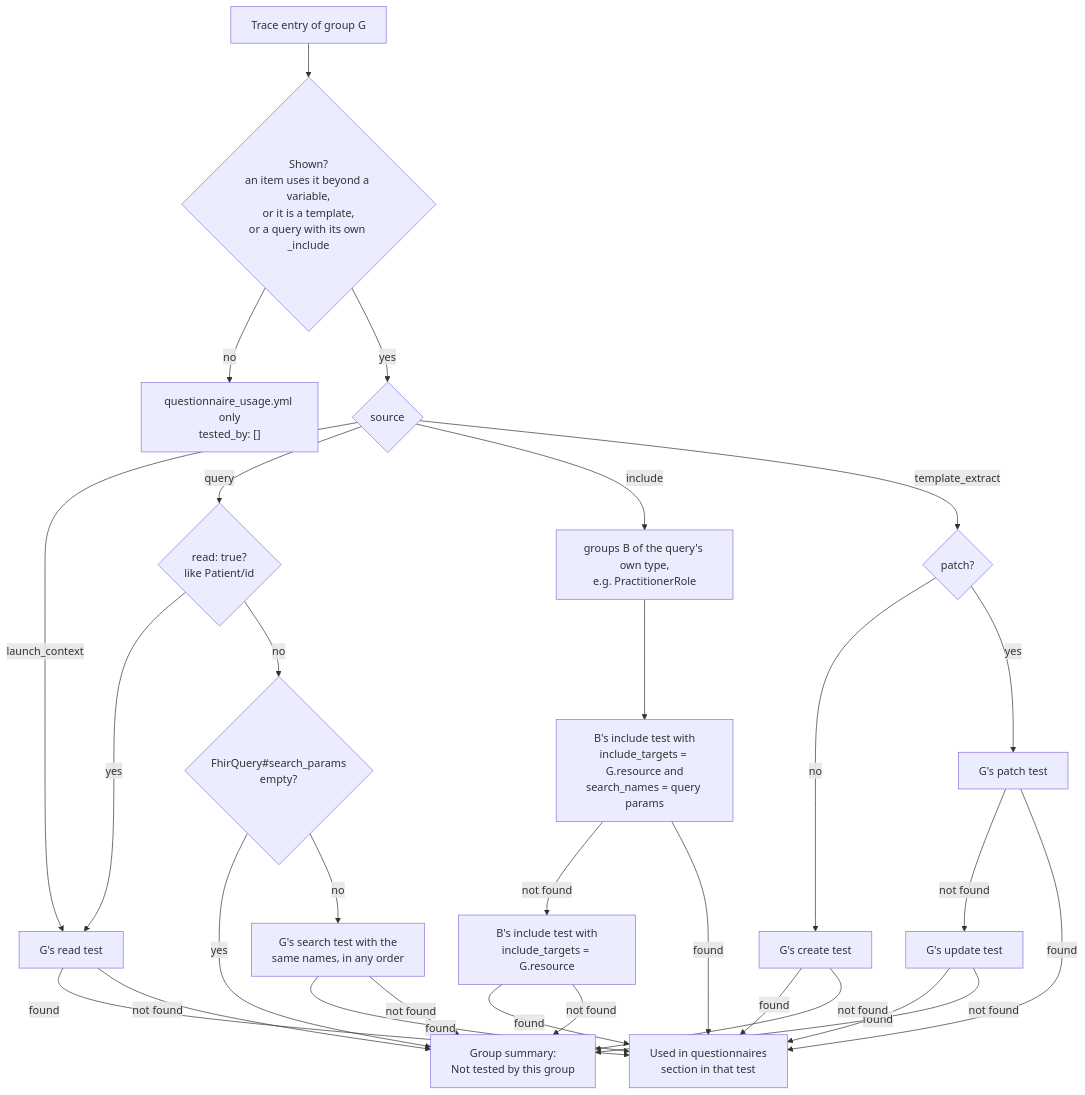
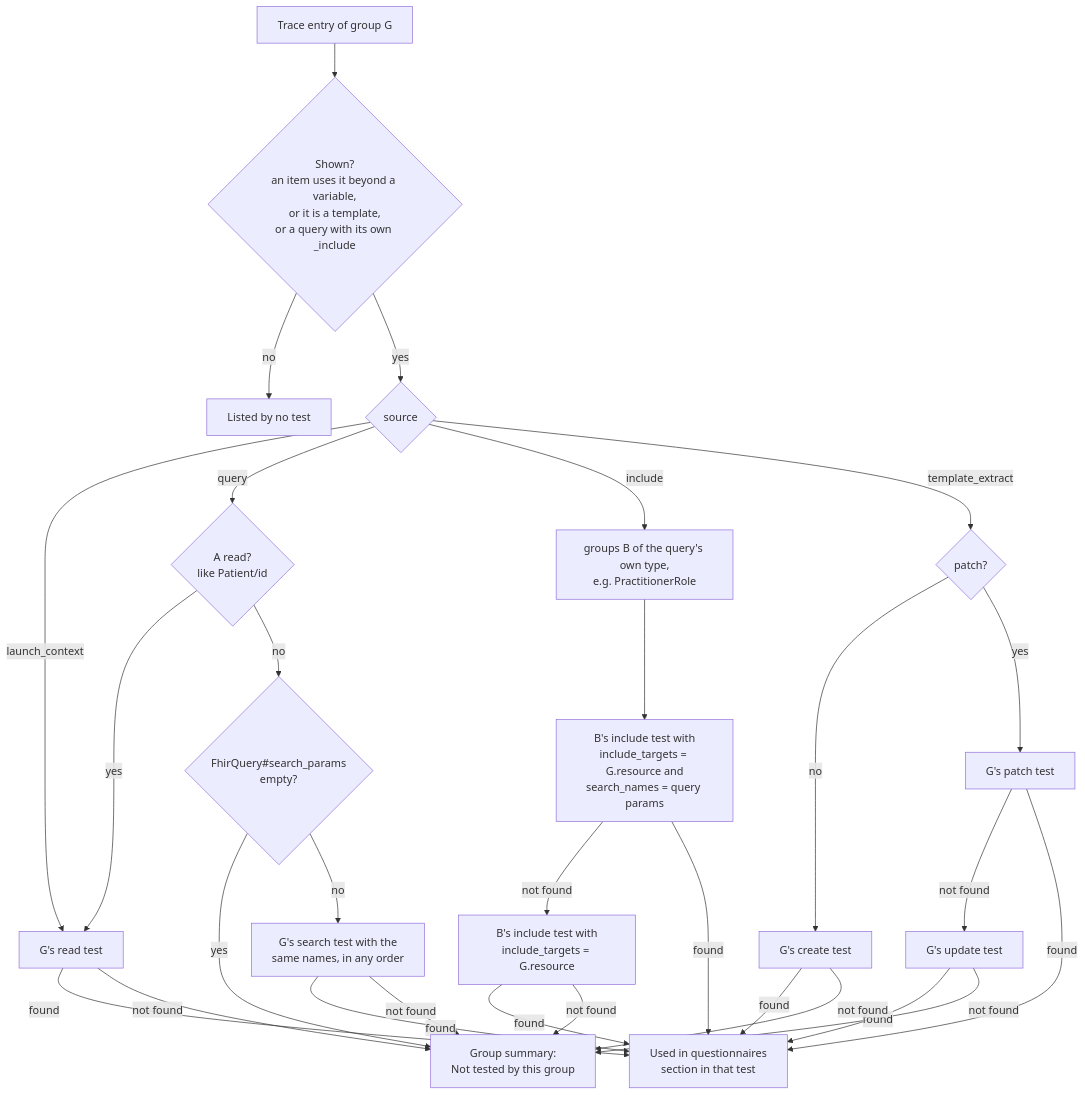
Before and after one commit to hl7au/inferno_suite_generator: the fifth of 6 diagrams in documentation/questionnaire_usage_tracing.md, drawn with Mermaid. The commit also changed other lines of this file and 16 other files, not shown here.

Commit message:
Refactor questionnaire usage tests to improve clarity and consistency

````diff
--- a/documentation/questionnaire_usage_tracing.md
+++ b/documentation/questionnaire_usage_tracing.md
@@ -208,36 +183,36 @@
 ```mermaid
 flowchart TD
     entry["Trace entry of group G"] --> shown{"Shown?<br/>an item uses it beyond a variable,<br/>or it is a template,<br/>or a query with its own _include"}
-    shown -- no --> yml["questionnaire_usage.yml only<br/>tested_by: []"]
+    shown -- no --> hidden["Listed by no test"]
     shown -- yes --> source{"source"}
 
     source -- launch_context --> read["G's read test"]
-    source -- query --> isread{"read: true?<br/>like Patient/id"}
+    source -- query --> isread{"A read?<br/>like Patient/id"}
     isread -- yes --> read
     isread -- no --> params{"FhirQuery#search_params<br/>empty?"}
     params -- yes --> none
     params -- no --> search["G's search test with the<br/>same names, in any order"]
 
     source -- include --> base["groups B of the query's own type,<br/>e.g. PractitionerRole"]
     base --> exact["B's include test with<br/>include_targets = G.resource and<br/>search_names = query params"]
     exact -- not found --> anyinc["B's include test with<br/>include_targets = G.resource"]
 
     source -- template_extract --> patch{"patch?"}
     patch -- no --> create["G's create test"]
     patch -- yes --> patchtest["G's patch test"]
     patchtest -- not found --> update["G's update test"]
 
     read -- found --> section["Used in questionnaires<br/>section in that test"]
     search -- found --> section
     exact -- found --> section
     anyinc -- found --> section
     create -- found --> section
     patchtest -- found --> section
     update -- found --> section
 
     read -- not found --> none["Group summary:<br/>Not tested by this group"]
     search -- not found --> none
     anyinc -- not found --> none
     create -- not found --> none
     update -- not found --> none
 ```
````
